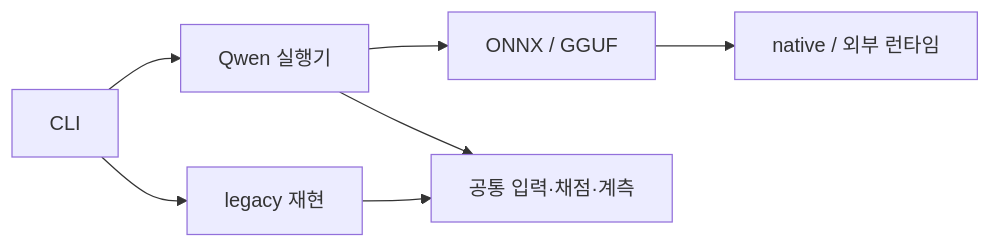
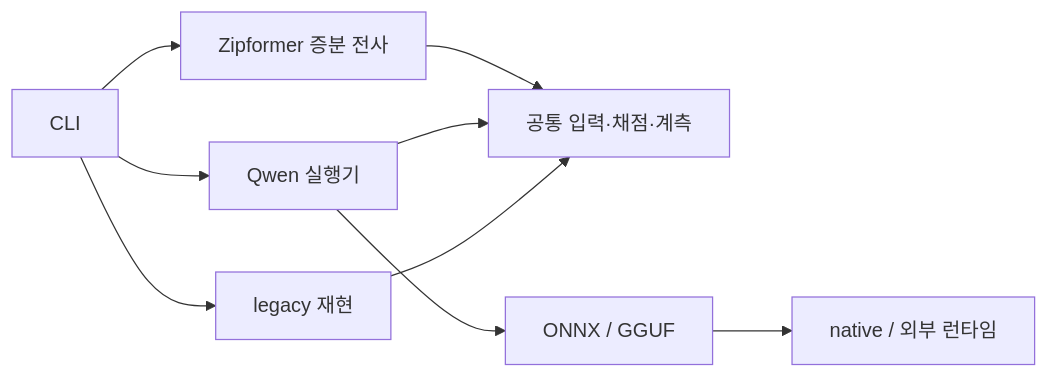
One commit to shinjuyeop/edge-asr changed the first of 2 diagrams in docs/reference/architecture.md. Above: the diagram before and after it, drawn with Mermaid. The commit also changed other lines of this file and 14 other files, not shown here.

````diff
--- a/docs/reference/architecture.md
+++ b/docs/reference/architecture.md
@@ -31,9 +31,11 @@
 ```mermaid
 flowchart LR
-  CLI[CLI] --> Q[Qwen 실행기]
+  CLI[CLI] --> Z[Zipformer 증분 전사]
+  Z --> C[공통 입력·채점·계측]
+  CLI --> Q[Qwen 실행기]
   Q --> A[ONNX / GGUF]
   A --> N[native / 외부 런타임]
-  Q --> C[공통 입력·채점·계측]
+  Q --> C
   CLI --> L[legacy 재현]
   L --> C
 ```
````
